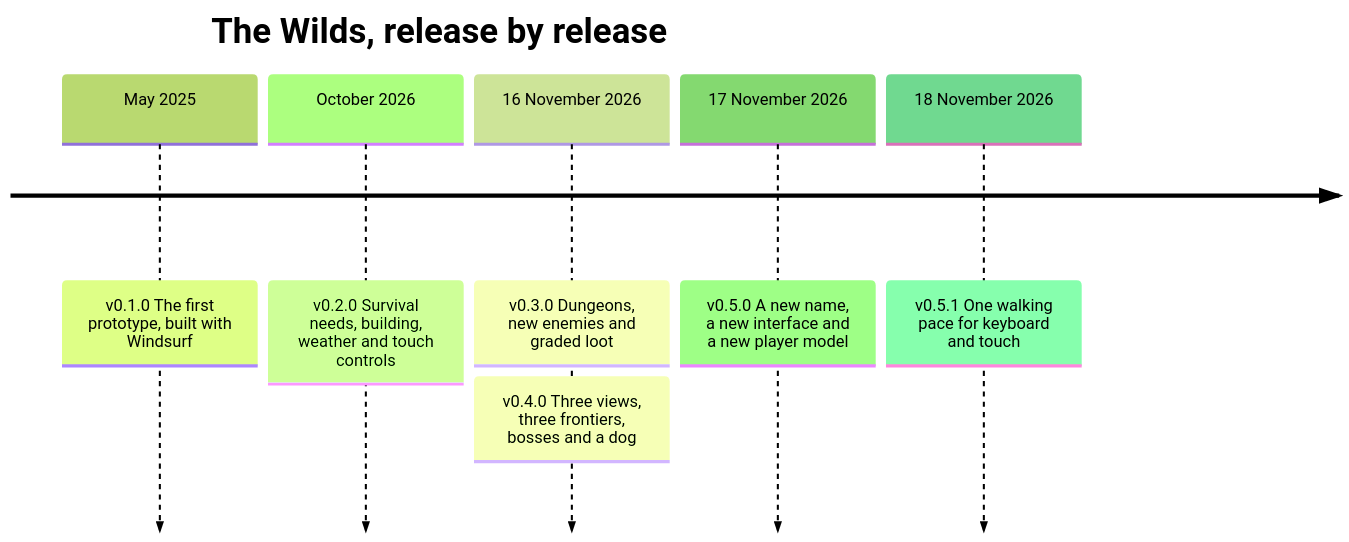
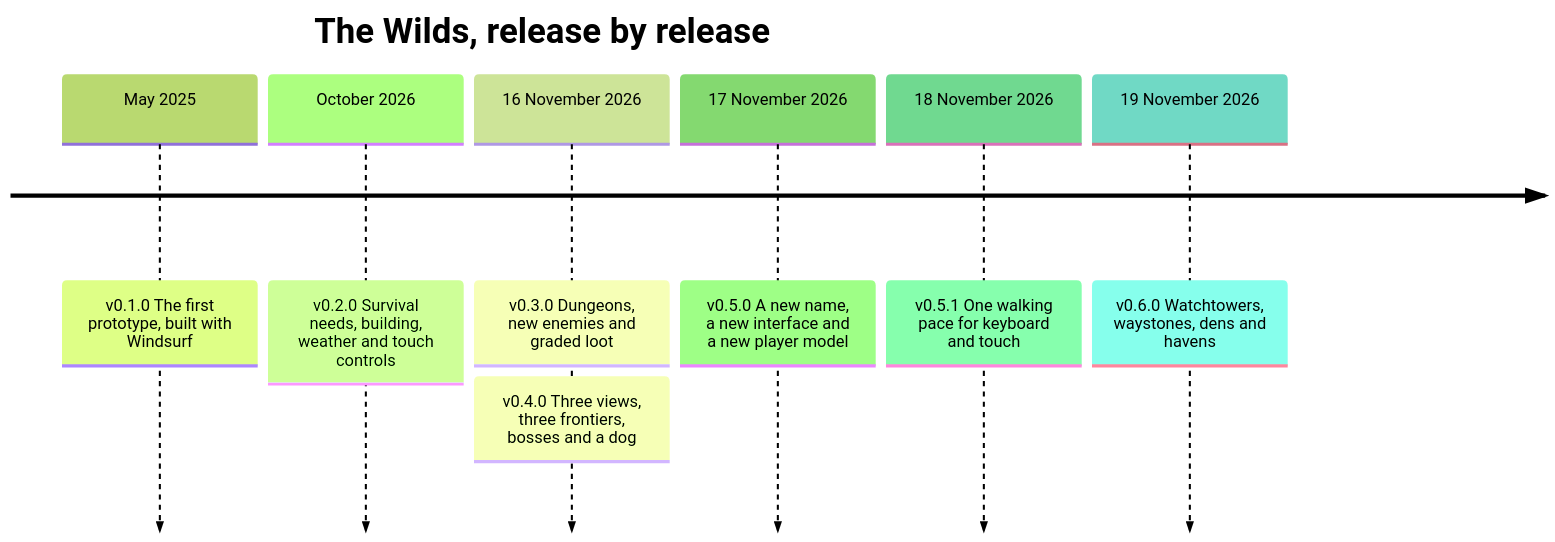
The fifth of 5 diagrams in README.md (CptNope/Survival-Game), drawn with Mermaid (forest theme) before and after one commit. The commit also changed other lines of this file and 14 other files, not shown here.

First line of the commit message:
Add points of interest: watchtowers, waystones, dens and havens

````diff
--- a/README.md
+++ b/README.md
@@ -461,10 +476,11 @@
 ```mermaid
 timeline
     title The Wilds, release by release
     May 2025 : v0.1.0 The first prototype, built with Windsurf
     October 2026 : v0.2.0 Survival needs, building, weather and touch controls
     16 November 2026 : v0.3.0 Dungeons, new enemies and graded loot
                      : v0.4.0 Three views, three frontiers, bosses and a dog
     17 November 2026 : v0.5.0 A new name, a new interface and a new player model
     18 November 2026 : v0.5.1 One walking pace for keyboard and touch
+    19 November 2026 : v0.6.0 Watchtowers, waystones, dens and havens
 ```
````
